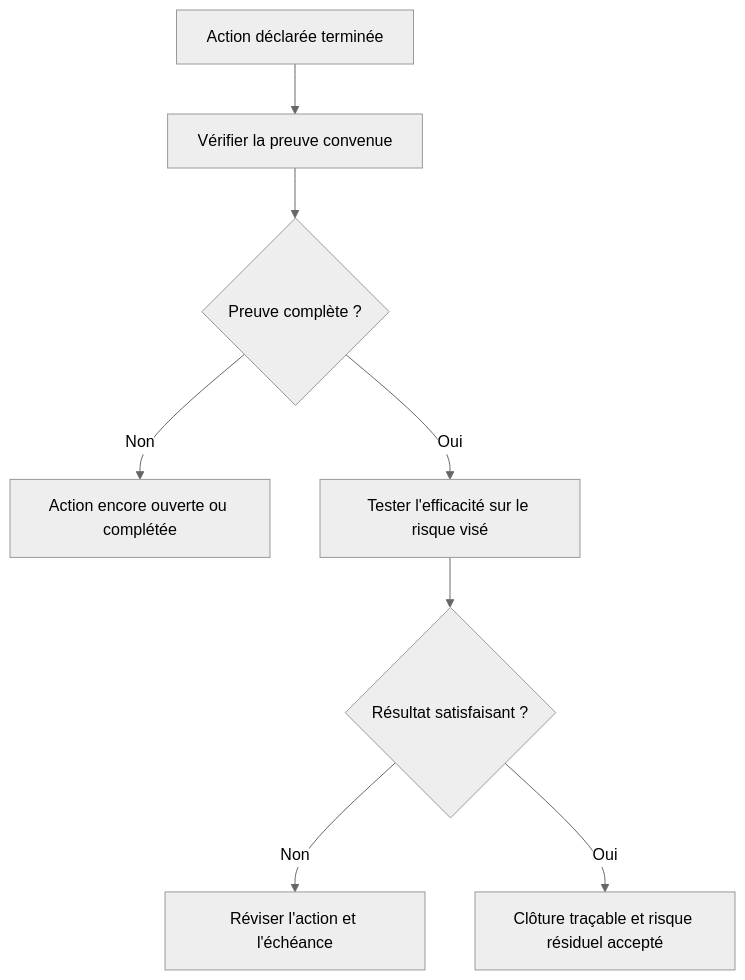
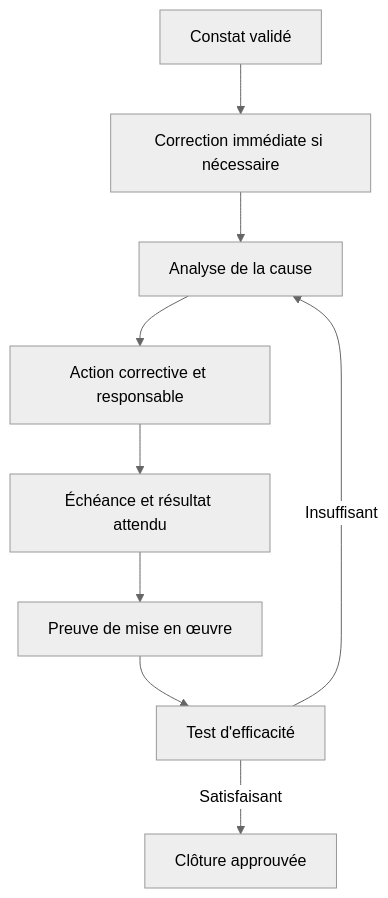
The fifth of 6 diagrams in content/lessons/maint-audits-expert.md (biggyseven/Skill-Tree), drawn with Mermaid (neutral theme) before and after one commit. The commit also changed other lines of this file, not shown here.

Commit message:
docs(maintenance): approfondir le cours expert sur les audits

````diff
--- a/content/lessons/maint-audits-expert.md
+++ b/content/lessons/maint-audits-expert.md
@@ -139,10 +1023,11 @@
-~~~mermaid
+```mermaid
 flowchart TD
-    A[Action déclarée terminée] --> B[Vérifier la preuve convenue]
-    B --> C{Preuve complète ?}
-    C -- Non --> D[Action encore ouverte ou complétée]
-    C -- Oui --> E[Tester l'efficacité sur le risque visé]
-    E --> F{Résultat satisfaisant ?}
-    F -- Non --> G[Réviser l'action et l'échéance]
-    F -- Oui --> H[Clôture traçable et risque résiduel accepté]
-~~~
+    A[Constat validé] --> B[Correction immédiate si nécessaire]
+    B --> C[Analyse de la cause]
+    C --> D[Action corrective et responsable]
+    D --> E[Échéance et résultat attendu]
+    E --> F[Preuve de mise en œuvre]
+    F --> G[Test d'efficacité]
+    G -->|Insuffisant| C
+    G -->|Satisfaisant| H[Clôture approuvée]
+```
````
